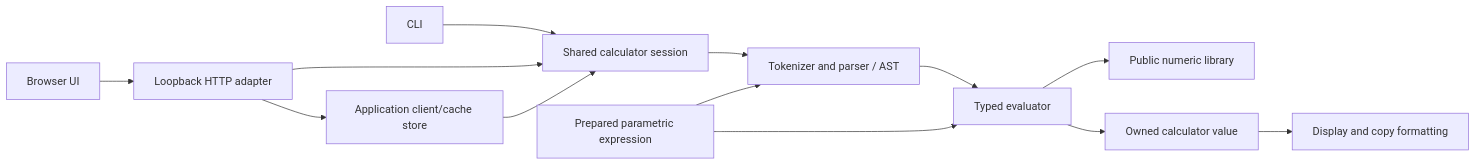
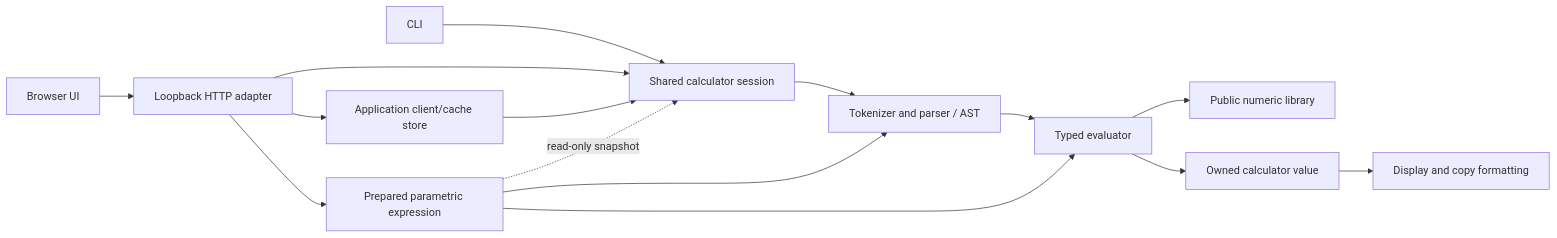
One commit to Interacti0n/NumForge changed the diagram in docs/design/ARCHITECTURE.md. Above: the diagram before and after it, drawn with Mermaid. The commit also changed other lines of this file and 19 other files, not shown here.

Commit message:
Add bounded graph sampling with read-only HTTP API

````diff
--- a/docs/design/ARCHITECTURE.md
+++ b/docs/design/ARCHITECTURE.md
@@ -26,15 +26,17 @@
 ```mermaid
 flowchart LR
     CLI[CLI] --> Session[Shared calculator session]
     Browser[Browser UI] --> HTTP[Loopback HTTP adapter]
     HTTP --> Session
     HTTP --> Store[Application client/cache store]
+    HTTP --> Prepared
     Store --> Session
     Session --> Parser[Tokenizer and parser / AST]
     Parser --> Evaluator[Typed evaluator]
     Prepared[Prepared parametric expression] --> Parser
     Prepared --> Evaluator
+    Prepared -. read-only snapshot .-> Session
     Evaluator --> Library[Public numeric library]
     Evaluator --> Value[Owned calculator value]
     Value --> Formatter[Display and copy formatting]
 ```
````
